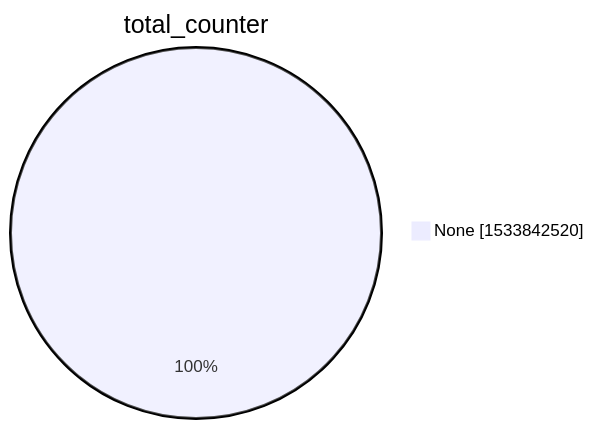
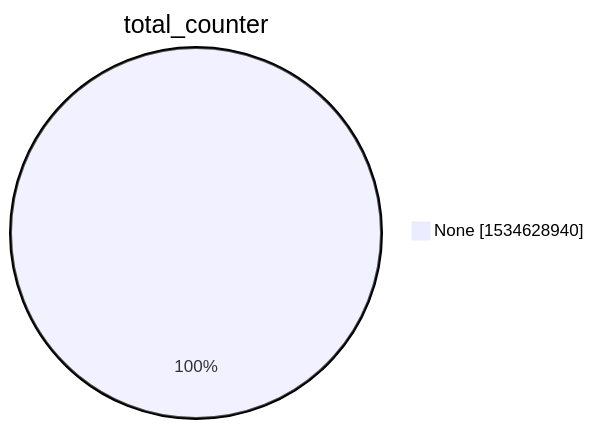
Before and after one commit to christiankrug/ctmonitor_visualization: the second of 15 diagrams in xenon2022/README.md, drawn with Mermaid. The commit also changed other lines of this file, not shown here.

````diff
--- a/xenon2022/README.md
+++ b/xenon2022/README.md
@@ -9,5 +9,5 @@
 ```mermaid
 pie showData
 title total_counter
-"None" :1533842520
+"None" :1534628940
 ```
````
